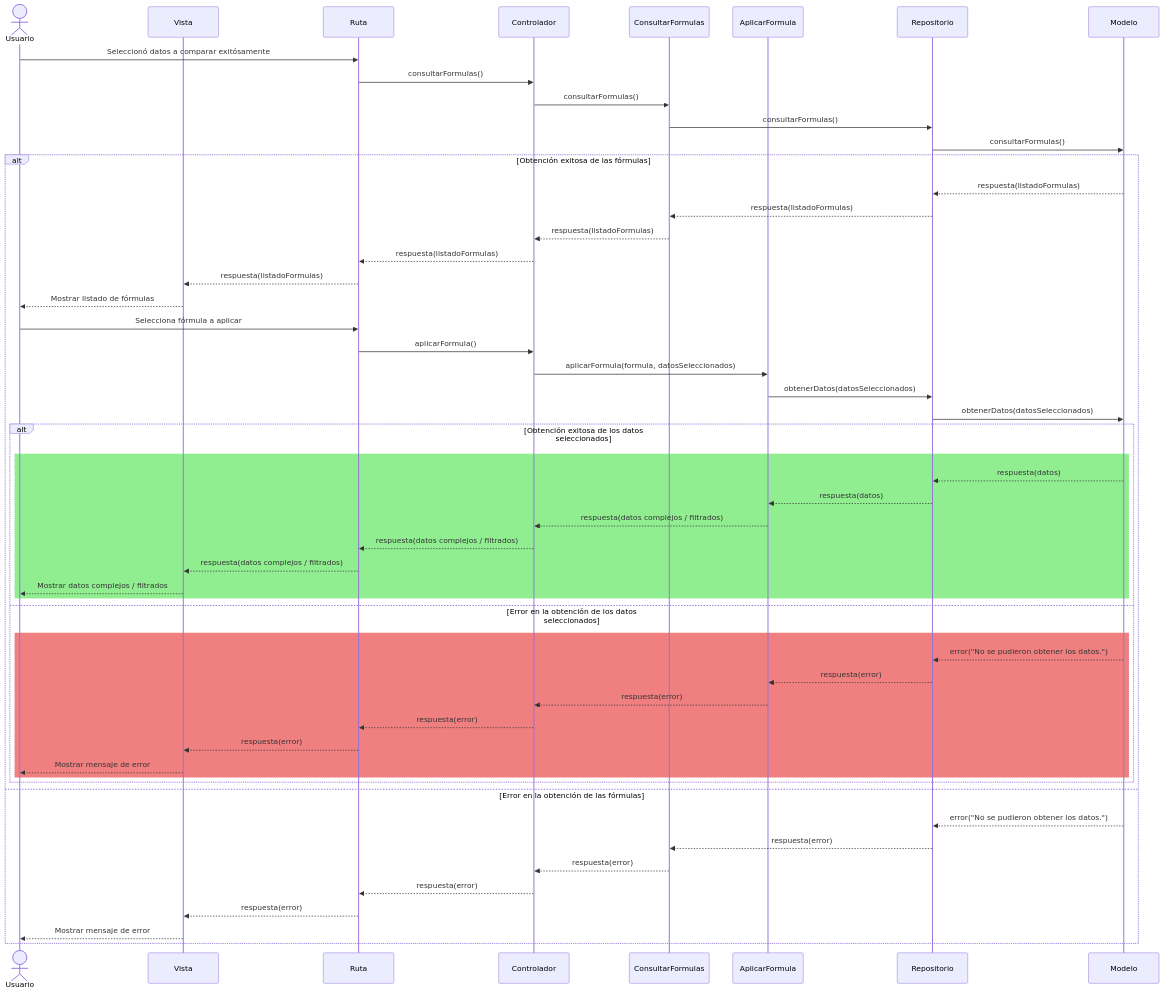
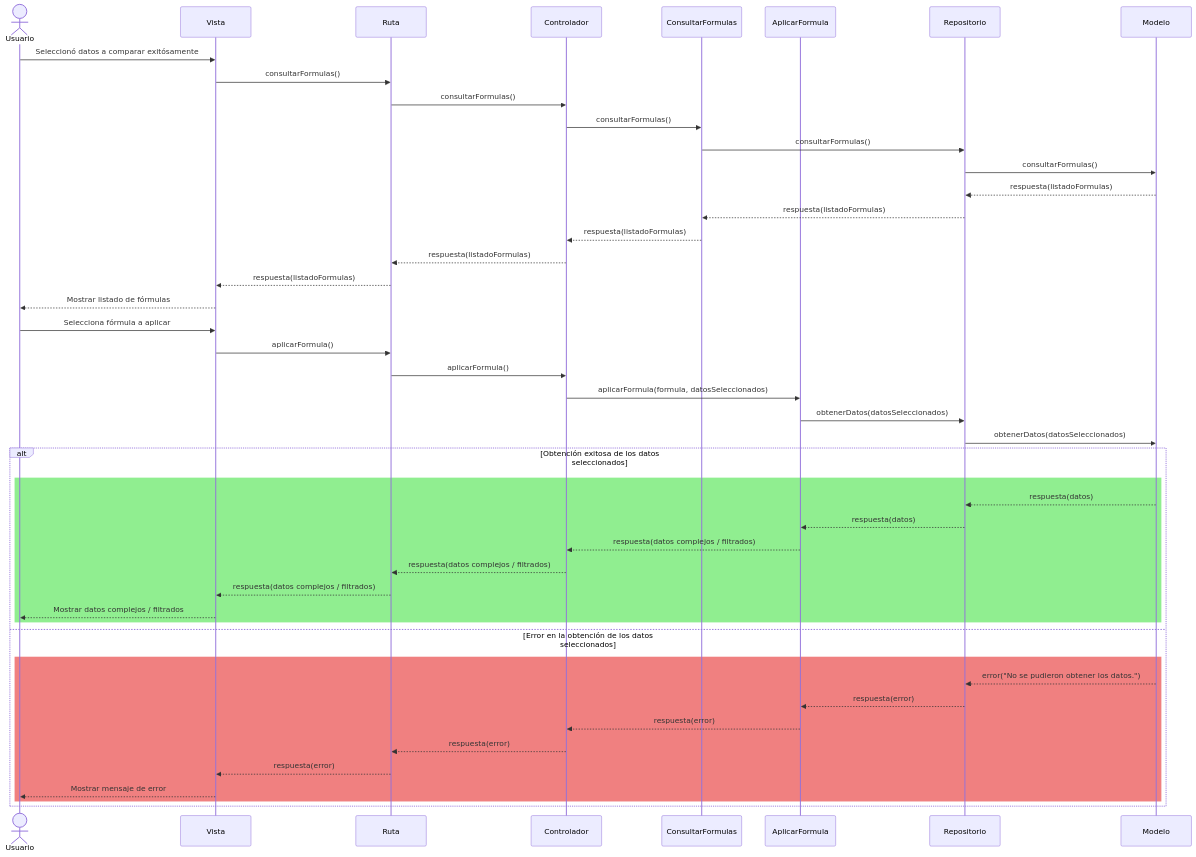
The diagram in documentation/docs/proyectos/tractores/documentacion/requisitos/RF74.md (CodeAnd-Co/Documentacion), drawn with Mermaid before and after one commit.

Commit message:
Corregir interacción entre participantes

````diff
--- a/documentation/docs/proyectos/tractores/documentacion/requisitos/RF74.md
+++ b/documentation/docs/proyectos/tractores/documentacion/requisitos/RF74.md
@@ -27,61 +27,53 @@
 ```mermaid
 sequenceDiagram
     actor Usuario
     participant Vista
     participant Ruta
     participant Controlador
     participant ConsultarFormulas
     participant AplicarFormula
     participant Repositorio
     participant Modelo
 
     %% Consulta de fórmulas
-    Usuario ->> Ruta: Seleccionó datos a comparar exitósamente
+    Usuario ->> Vista: Seleccionó datos a comparar exitósamente
+    Vista ->> Ruta: consultarFormulas()
     Ruta ->> Controlador: consultarFormulas()
     Controlador ->> ConsultarFormulas: consultarFormulas()
     ConsultarFormulas ->> Repositorio: consultarFormulas()
     Repositorio ->> Modelo: consultarFormulas()
-    alt Obtención exitosa de las fórmulas
-        Modelo -->> Repositorio: respuesta(listadoFormulas)
-        Repositorio -->> ConsultarFormulas: respuesta(listadoFormulas)
-        ConsultarFormulas -->> Controlador: respuesta(listadoFormulas)
-        Controlador -->> Ruta: respuesta(listadoFormulas)
-        Ruta -->> Vista: respuesta(listadoFormulas)
-        Vista -->> Usuario: Mostrar listado de fórmulas
+    Modelo -->> Repositorio: respuesta(listadoFormulas)
+    Repositorio -->> ConsultarFormulas: respuesta(listadoFormulas)
+    ConsultarFormulas -->> Controlador: respuesta(listadoFormulas)
+    Controlador -->> Ruta: respuesta(listadoFormulas)
+    Ruta -->> Vista: respuesta(listadoFormulas)
+    Vista -->> Usuario: Mostrar listado de fórmulas
 
-        %% Aplicación de fórmula
-        Usuario ->> Ruta: Selecciona fórmula a aplicar
-        Ruta ->> Controlador: aplicarFormula()
-        Controlador ->> AplicarFormula: aplicarFormula(formula, datosSeleccionados)
-        AplicarFormula ->> Repositorio: obtenerDatos(datosSeleccionados)
-        Repositorio ->> Modelo: obtenerDatos(datosSeleccionados)
-        alt Obtención exitosa de los datos seleccionados
-            rect Lightgreen
-            Modelo -->> Repositorio: respuesta(datos)
-            Repositorio -->> AplicarFormula: respuesta(datos)
-            AplicarFormula -->> Controlador: respuesta(datos complejos / filtrados)
-            Controlador -->> Ruta: respuesta(datos complejos / filtrados)
-            Ruta -->> Vista: respuesta(datos complejos / filtrados)
-            Vista -->> Usuario: Mostrar datos complejos / filtrados
-            end
-        else Error en la obtención de los datos seleccionados
-            rect Lightcoral
-            Modelo -->> Repositorio: error("No se pudieron obtener los datos.")
-            Repositorio -->> AplicarFormula: respuesta(error)
-            AplicarFormula -->> Controlador: respuesta(error)
-            Controlador -->> Ruta: respuesta(error)
-            Ruta -->> Vista: respuesta(error)
-            Vista -->> Usuario: Mostrar mensaje de error
-            end
+    %% Aplicación de fórmula
+    Usuario ->> Vista: Selecciona fórmula a aplicar
+    Vista ->> Ruta: aplicarFormula()
+    Ruta ->> Controlador: aplicarFormula()
+    Controlador ->> AplicarFormula: aplicarFormula(formula, datosSeleccionados)
+    AplicarFormula ->> Repositorio: obtenerDatos(datosSeleccionados)
+    Repositorio ->> Modelo: obtenerDatos(datosSeleccionados)
+    alt Obtención exitosa de los datos seleccionados
+        rect Lightgreen
+        Modelo -->> Repositorio: respuesta(datos)
+        Repositorio -->> AplicarFormula: respuesta(datos)
+        AplicarFormula -->> Controlador: respuesta(datos complejos / filtrados)
+        Controlador -->> Ruta: respuesta(datos complejos / filtrados)
+        Ruta -->> Vista: respuesta(datos complejos / filtrados)
+        Vista -->> Usuario: Mostrar datos complejos / filtrados
         end
-
-    else Error en la obtención de las fórmulas
+    else Error en la obtención de los datos seleccionados
+        rect Lightcoral
         Modelo -->> Repositorio: error("No se pudieron obtener los datos.")
-        Repositorio -->> ConsultarFormulas: respuesta(error)
-        ConsultarFormulas -->> Controlador: respuesta(error)
+        Repositorio -->> AplicarFormula: respuesta(error)
+        AplicarFormula -->> Controlador: respuesta(error)
         Controlador -->> Ruta: respuesta(error)
         Ruta -->> Vista: respuesta(error)
         Vista -->> Usuario: Mostrar mensaje de error
+        end
     end
 
 ```
````
